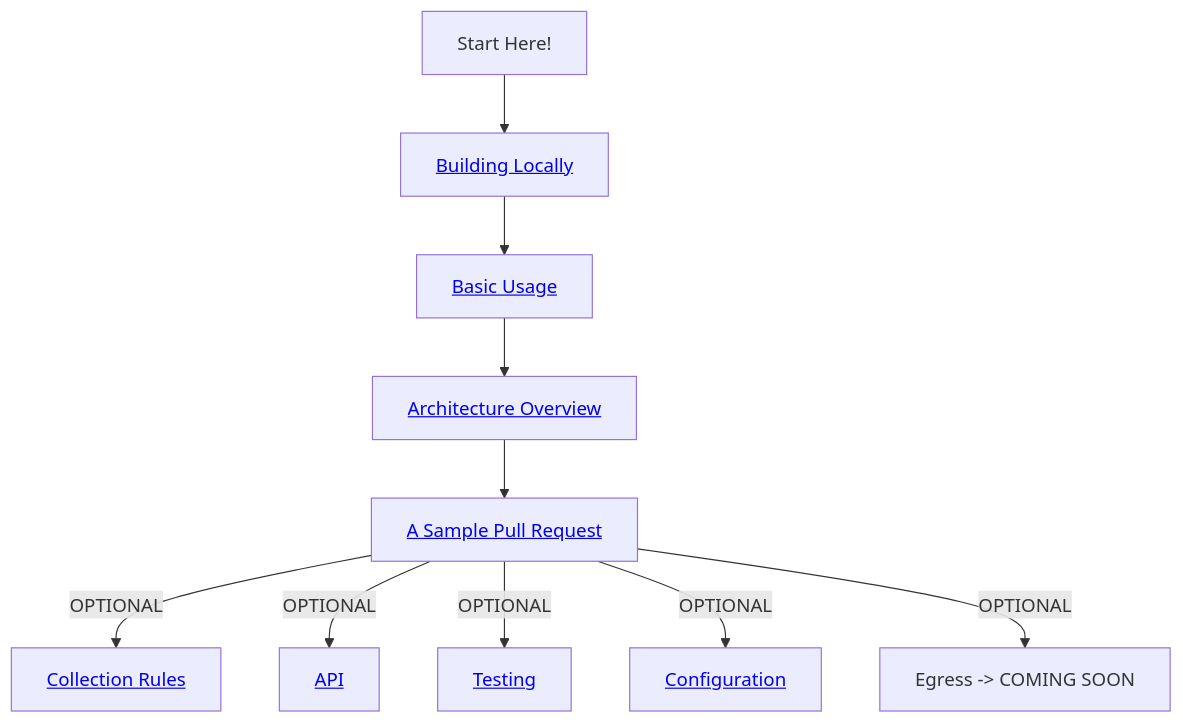
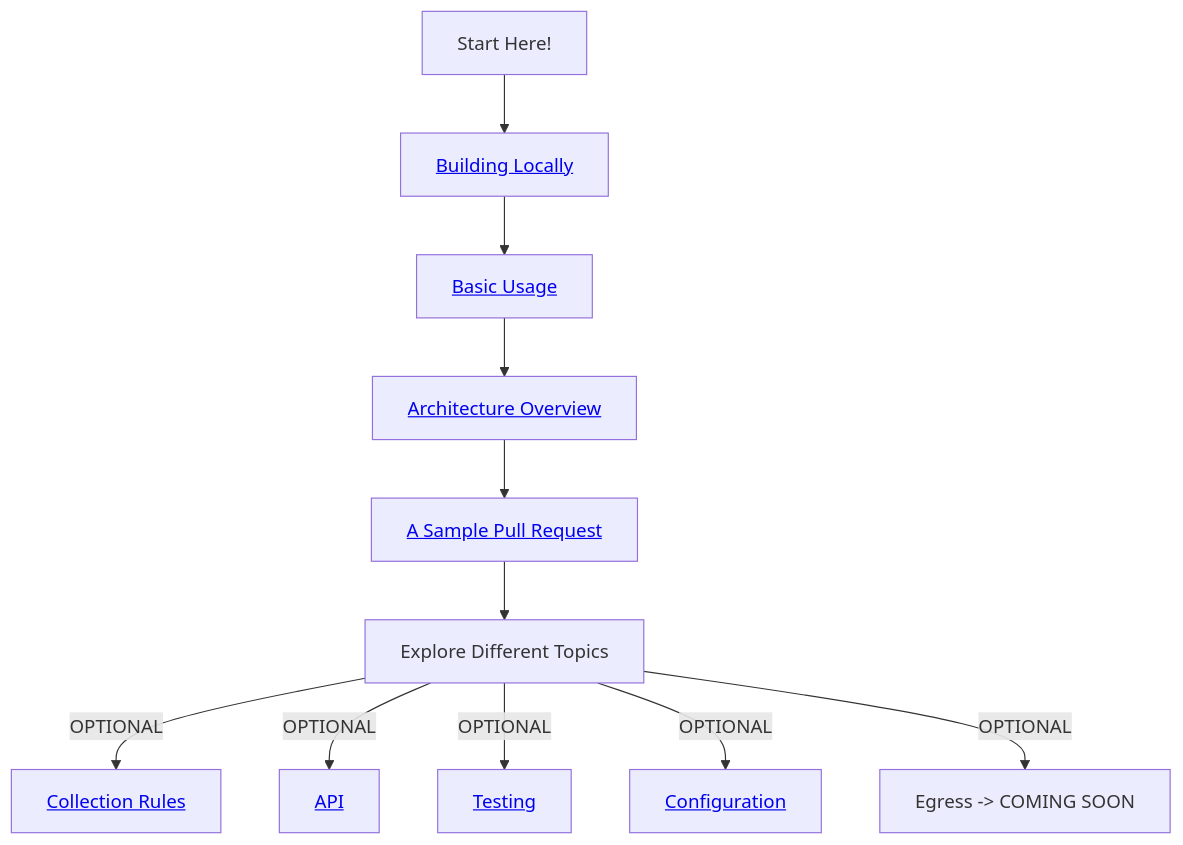
The diagram in documentation/learningPath/README.md (dotnet/dotnet-monitor), drawn with Mermaid before and after one commit.

````diff
--- a/documentation/learningPath/README.md
+++ b/documentation/learningPath/README.md
@@ -8,12 +8,13 @@
 ```mermaid
 graph TD
     B[Start Here!] --> C[<a href='https://github.com/dotnet/dotnet-monitor/blob/feature/LearningPaths/documentation/building.md'>Building Locally</a>]
     C --> D[<a href='https://github.com/dotnet/dotnet-monitor/blob/feature/LearningPaths/documentation/learningPath/basic-usage.md'>Basic Usage</a>]
     D --> E[<a href='https://github.com/dotnet/dotnet-monitor/blob/feature/LearningPaths/documentation/learningPath/architecture.md'>Architecture Overview</a>]
-    E --> G[<a href='https://github.com/dotnet/dotnet-monitor/blob/feature/LearningPaths/documentation/learningPath/sample-pull-request.md'>A Sample Pull Request</a>]
+    E --> F[<a href='https://github.com/dotnet/dotnet-monitor/blob/feature/LearningPaths/documentation/learningPath/sample-pull-request.md'>A Sample Pull Request</a>]
+    F --> G[Explore Different Topics]
     G --> |OPTIONAL| H[<a href='https://github.com/dotnet/dotnet-monitor/blob/feature/LearningPaths/documentation/learningPath/collectionrules.md'>Collection Rules</a>]
     G --> |OPTIONAL| I[<a href='https://github.com/dotnet/dotnet-monitor/blob/feature/LearningPaths/documentation/learningPath/api.md'>API</a>]
     G --> |OPTIONAL| J["<a href='https://github.com/dotnet/dotnet-monitor/blob/feature/LearningPaths/documentation/learningPath/testing.md'>Testing</a>"]
     G --> |OPTIONAL| K["<a href='https://github.com/dotnet/dotnet-monitor/blob/feature/LearningPaths/documentation/learningPath/configuration.md'>Configuration</a>"]
     G --> |OPTIONAL| L[Egress -> COMING SOON]
 ```
````
